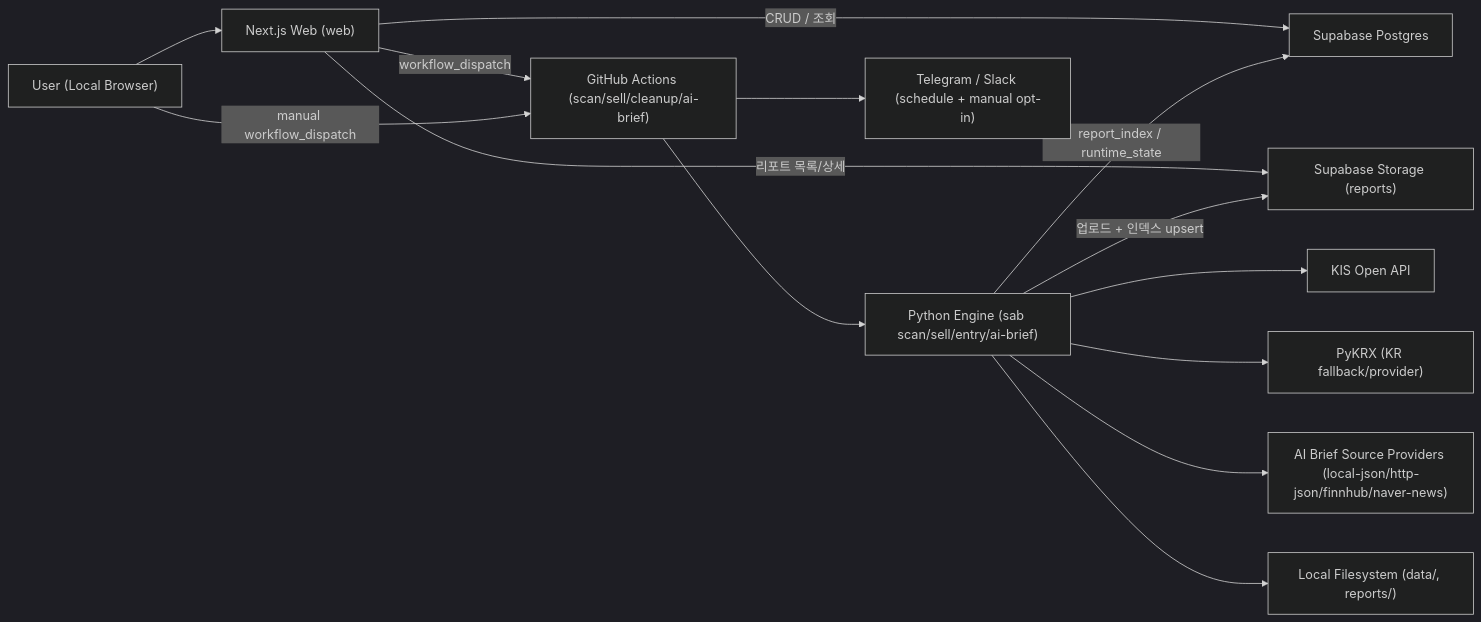
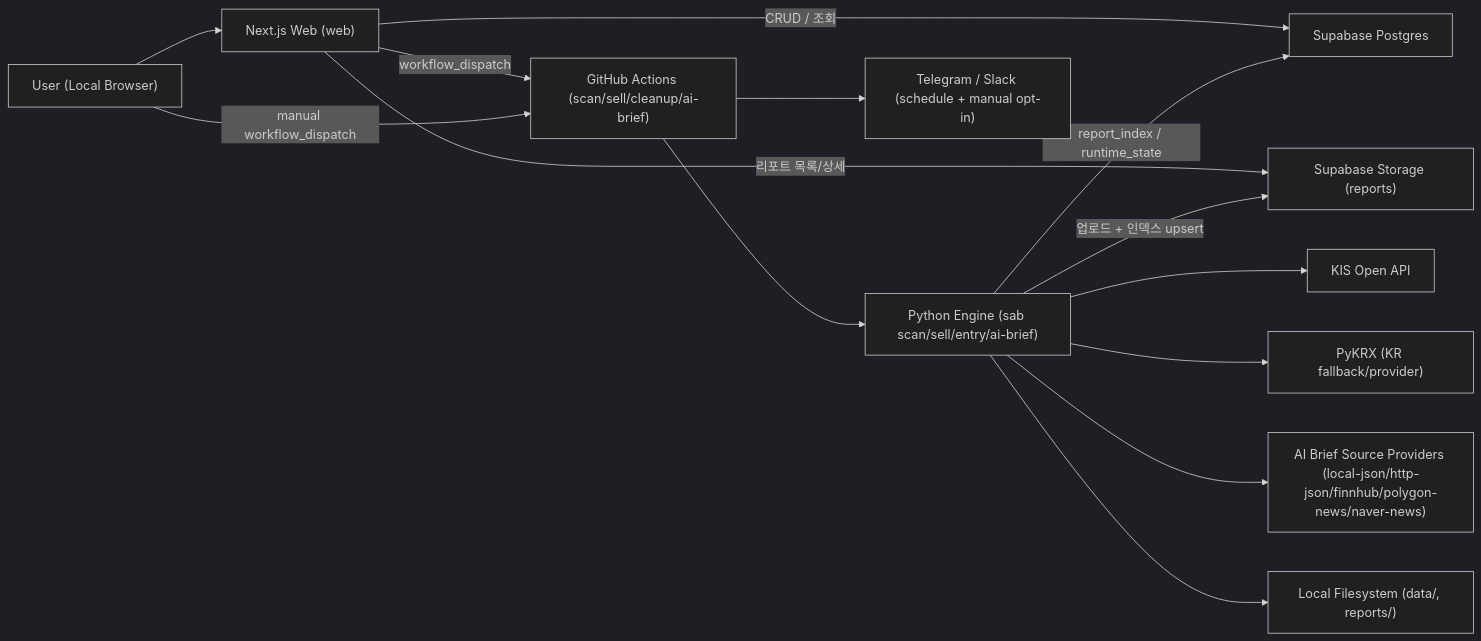
The diagram in docs/ARCHITECTURE.md (mochafreddo/swing-trading-report), drawn with Mermaid (dark theme) before and after one commit. The commit also changed other lines of this file and 15 other files, not shown here.

First line of the commit message:
feat(ai-brief): Polygon News source provider 추가

````diff
--- a/docs/ARCHITECTURE.md
+++ b/docs/ARCHITECTURE.md
@@ -35,18 +35,18 @@
 ```mermaid
 flowchart LR
   U["User (Local Browser)"] --> W["Next.js Web (web)"]
   W -->|CRUD / 조회| SDB["Supabase Postgres"]
   W -->|리포트 목록/상세| SST["Supabase Storage (reports)"]
   W -->|workflow_dispatch| GHA["GitHub Actions (scan/sell/cleanup/ai-brief)"]
   U -->|manual workflow_dispatch| GHA
 
   GHA --> P["Python Engine (sab scan/sell/entry/ai-brief)"]
   P --> KIS["KIS Open API"]
   P --> PY["PyKRX (KR fallback/provider)"]
-  P --> SRC["AI Brief Source Providers (local-json/http-json/finnhub/naver-news)"]
+  P --> SRC["AI Brief Source Providers (local-json/http-json/finnhub/polygon-news/naver-news)"]
   P --> LF["Local Filesystem (data/, reports/)"]
   P -->|업로드 + 인덱스 upsert| SST
   P -->|report_index / runtime_state| SDB
 
   GHA --> TG["Telegram / Slack (schedule + manual opt-in)"]
 ```
````
